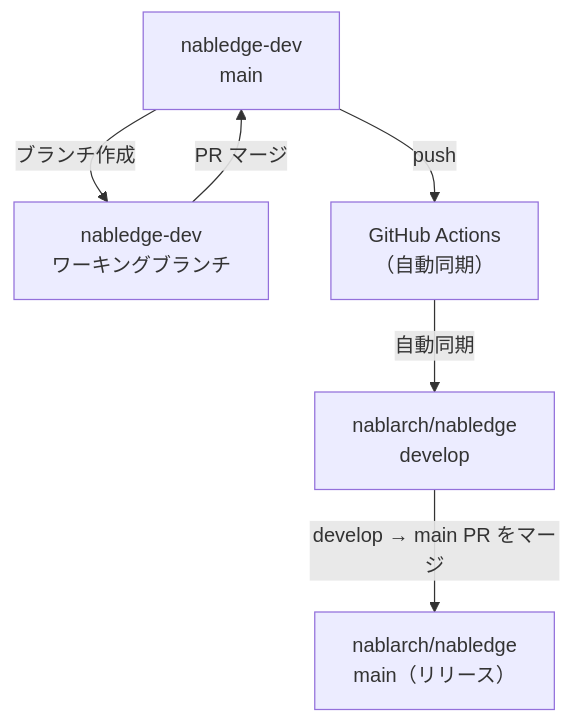
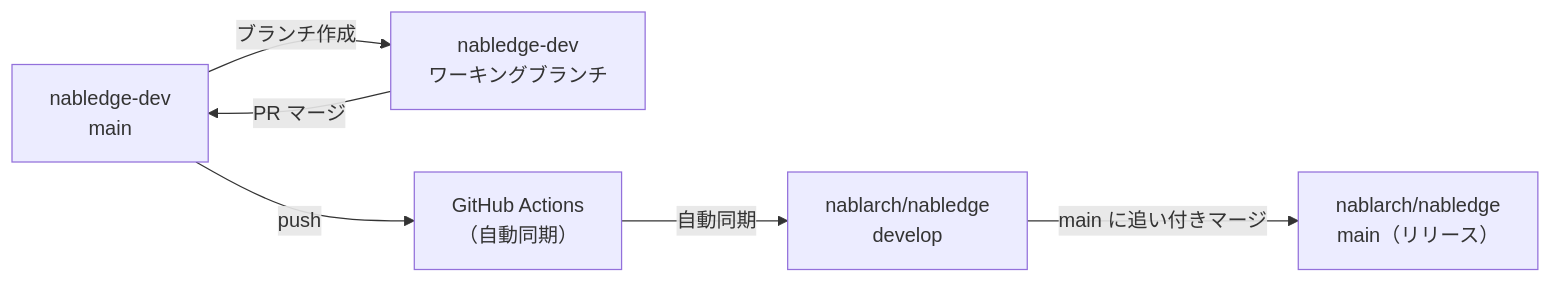
One commit to nablarch/nabledge-dev changed the diagram in README.md. Above: the diagram before and after it, drawn with Mermaid. The commit also changed other lines of this file, not shown here.

````diff
--- a/README.md
+++ b/README.md
@@ -51,14 +47,14 @@
 ```mermaid
-flowchart TD
+flowchart LR
     MAIN["nabledge-dev<br/>main"]
     WB["nabledge-dev<br/>ワーキングブランチ"]
     GHA["GitHub Actions<br/>（自動同期）"]
     DEV["nablarch/nabledge<br/>develop"]
     RELEASE["nablarch/nabledge<br/>main（リリース）"]
 
     MAIN -->|"ブランチ作成"| WB
     WB -->|"PR マージ"| MAIN
     MAIN -->|"push"| GHA
     GHA -->|"自動同期"| DEV
-    DEV -->|"develop → main PR をマージ"| RELEASE
+    DEV -->|"main に追い付きマージ"| RELEASE
 ```
````
